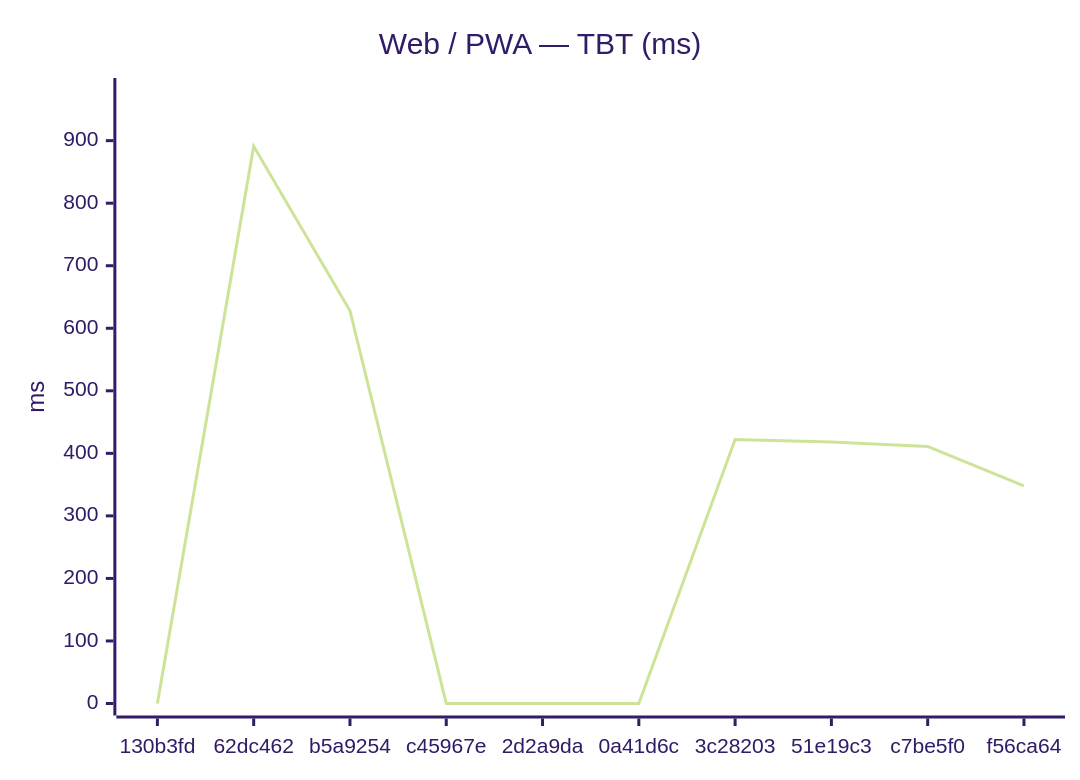
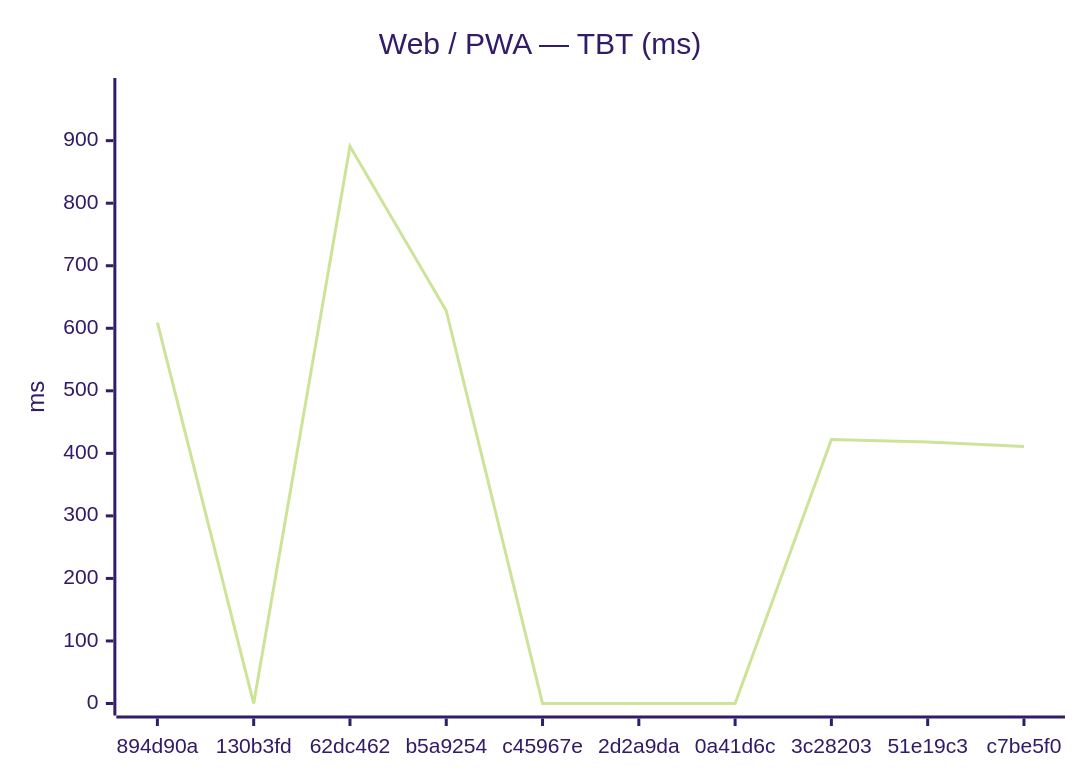
One commit to Metaheurist/Rianell changed the second of 18 diagrams in benchmarks/compare.md. Above: the diagram before and after it, drawn with Mermaid (forest theme). The commit also changed other lines of this file and 11 other files, not shown here.

````diff
--- a/benchmarks/compare.md
+++ b/benchmarks/compare.md
@@ -31,7 +31,7 @@
 ```mermaid
 xychart-beta
     title "Web / PWA — TBT (ms)"
-    x-axis ["130b3fd", "62dc462", "b5a9254", "c45967e", "2d2a9da", "0a41d6c", "3c28203", "51e19c3", "c7be5f0", "f56ca64"]
+    x-axis ["894d90a", "130b3fd", "62dc462", "b5a9254", "c45967e", "2d2a9da", "0a41d6c", "3c28203", "51e19c3", "c7be5f0"]
     y-axis "ms" 0 --> 981
-    line [0, 891, 628, 0, 0, 0, 422, 418, 411, 348]
+    line [609, 0, 891, 628, 0, 0, 0, 422, 418, 411]
 ```
````
